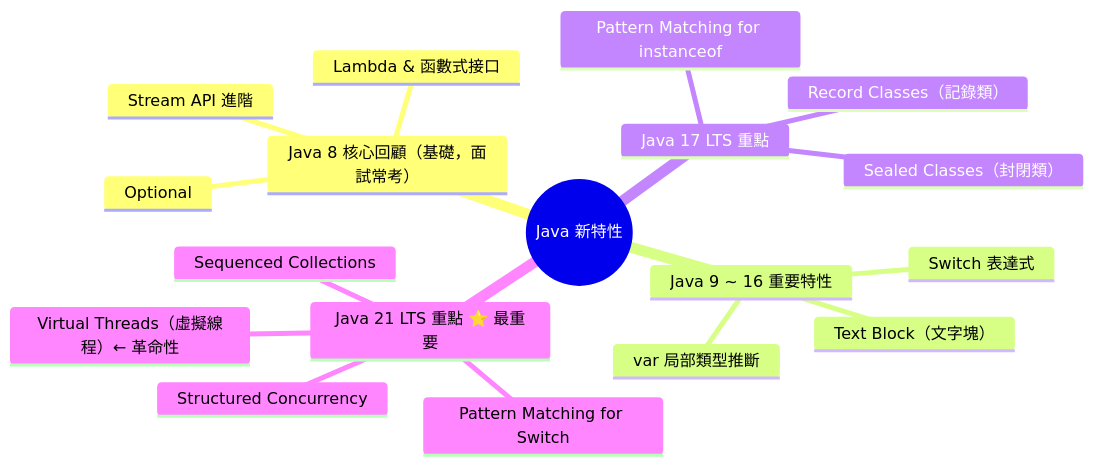
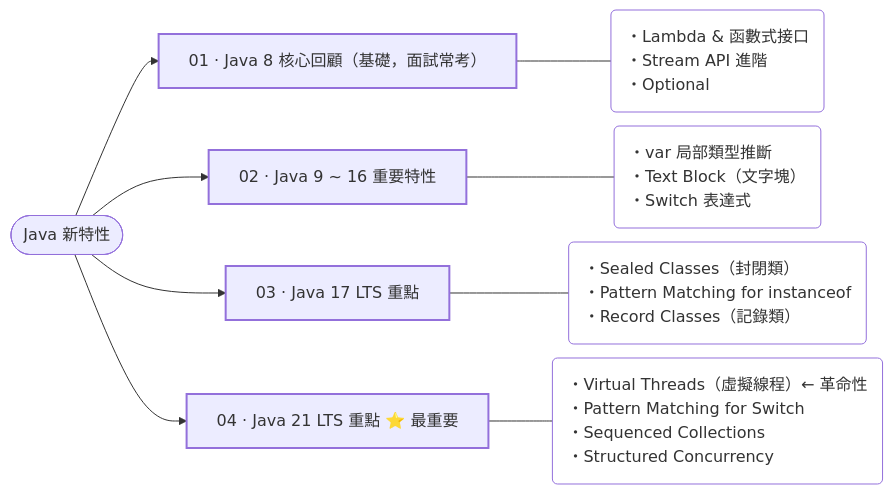
One commit to AnthonyFuFu/StudyNotes changed the diagram in docs/java/new-features/index.md. Above: the diagram before and after it, drawn with Mermaid. The commit also changed 43 other files, not shown here.

````diff
--- a/docs/java/new-features/index.md
+++ b/docs/java/new-features/index.md
@@ -13,21 +13,25 @@
 ``` mermaid
-mindmap
-  root((Java 新特性))
-    Java 8 核心回顧（基礎，面試常考）
-      Lambda & 函數式接口
-      Stream API 進階
-      Optional
-    Java 9 ~ 16 重要特性
-      var 局部類型推斷
-      Text Block（文字塊）
-      Switch 表達式
-    Java 17 LTS 重點
-      Sealed Classes（封閉類）
-      Pattern Matching for instanceof
-      Record Classes（記錄類）
-    Java 21 LTS 重點 ⭐ 最重要
-      Virtual Threads（虛擬線程）← 革命性
-      Pattern Matching for Switch
-      Sequenced Collections
-      Structured Concurrency
+%%{init: {"flowchart": {"nodeSpacing": 14, "rankSpacing": 36, "wrappingWidth": 420}}}%%
+flowchart LR
+    R(["Java 新特性"])
+    c0["01 · Java 8 核心回顧（基礎，面試常考）"]
+    R --> c0
+    p0("・Lambda & 函數式接口<br>・Stream API 進階<br>・Optional")
+    c0 --- p0
+    c1["02 · Java 9 ~ 16 重要特性"]
+    R --> c1
+    p1("・var 局部類型推斷<br>・Text Block（文字塊）<br>・Switch 表達式")
+    c1 --- p1
+    c2["03 · Java 17 LTS 重點"]
+    R --> c2
+    p2("・Sealed Classes（封閉類）<br>・Pattern Matching for instanceof<br>・Record Classes（記錄類）")
+    c2 --- p2
+    c3["04 · Java 21 LTS 重點 ⭐ 最重要"]
+    R --> c3
+    p3("・Virtual Threads（虛擬線程）← 革命性<br>・Pattern Matching for Switch<br>・Sequenced Collections<br>・Structured Concurrency")
+    c3 --- p3
+    classDef chapter stroke-width:2px
+    classDef points fill:transparent,text-align:left
+    class c0,c1,c2,c3 chapter
+    class p0,p1,p2,p3 points
 ```
````
